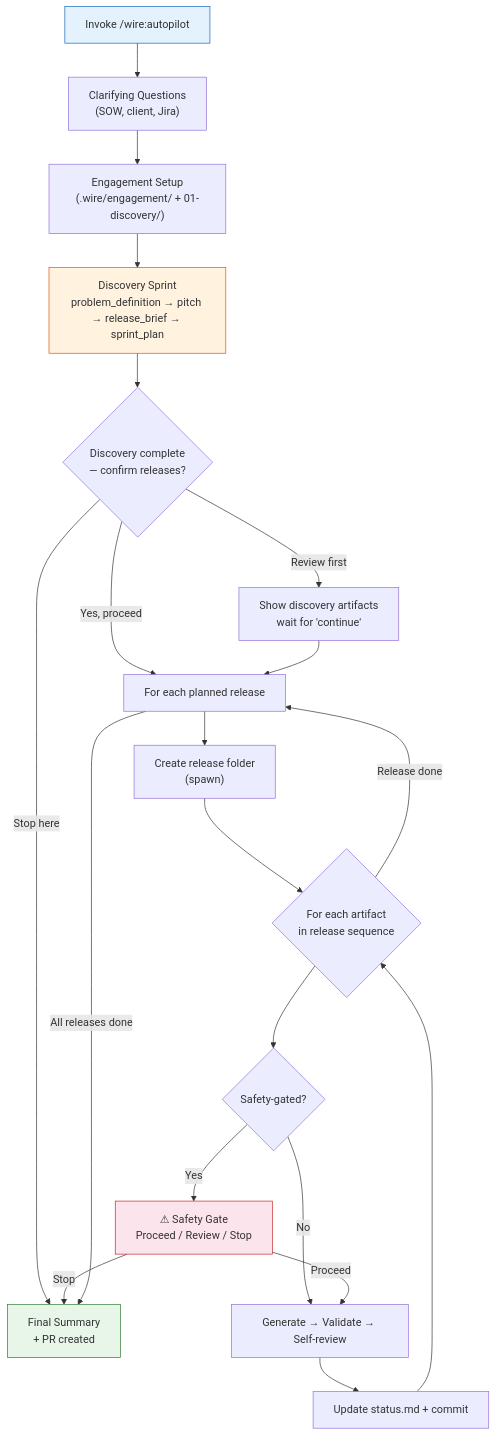
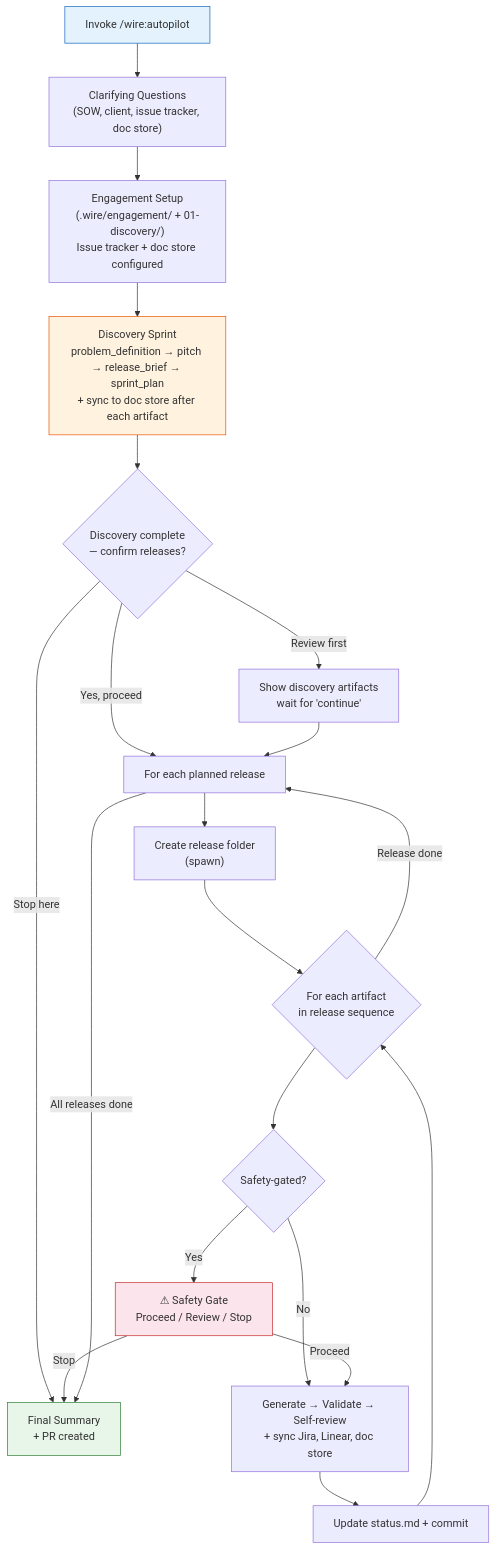
Diagram 12 of 15 in docs/consultant_handbook.md (rittmananalytics/wire-plugin), drawn with Mermaid before and after one commit. The commit also changed other lines of this file, not shown here.

Commit message:
docs: update autopilot section in consultant handbook

````diff
--- a/docs/consultant_handbook.md
+++ b/docs/consultant_handbook.md
@@ -1777,27 +1777,27 @@
 ```mermaid
 flowchart TB
-    A["Invoke /wire:autopilot"] --> B["Clarifying Questions\n(SOW, client, Jira)"]
-    B --> C["Engagement Setup\n(.wire/engagement/ + 01-discovery/)"]
-    C --> D["Discovery Sprint\nproblem_definition → pitch → release_brief → sprint_plan"]
+    A["Invoke /wire:autopilot"] --> B["Clarifying Questions\n(SOW, client, issue tracker, doc store)"]
+    B --> C["Engagement Setup\n(.wire/engagement/ + 01-discovery/)\nIssue tracker + doc store configured"]
+    C --> D["Discovery Sprint\nproblem_definition → pitch → release_brief → sprint_plan\n+ sync to doc store after each artifact"]
     D --> E{"Discovery complete\n— confirm releases?"}
     E -->|"Yes, proceed"| F["For each planned release"]
     E -->|"Review first"| G["Show discovery artifacts\nwait for 'continue'"]
     G --> F
     E -->|"Stop here"| Z
     F --> H["Create release folder\n(spawn)"]
     H --> I{"For each artifact\nin release sequence"}
     I --> SG{"Safety-gated?"}
-    SG -->|No| J["Generate → Validate → Self-review"]
+    SG -->|No| J["Generate → Validate → Self-review\n+ sync Jira, Linear, doc store"]
     SG -->|Yes| SGP["⚠ Safety Gate\nProceed / Review / Stop"]
     SGP -->|Proceed| J
     SGP -->|Stop| Z
     J --> K["Update status.md + commit"]
     K --> I
     I -->|"Release done"| F
     F -->|"All releases done"| Z["Final Summary\n+ PR created"]
 
     style A fill:#e3f2fd,stroke:#1565c0
     style D fill:#fff3e0,stroke:#e65100
     style Z fill:#e8f5e9,stroke:#2e7d32
     style SGP fill:#fce4ec,stroke:#c62828
 ```
````
